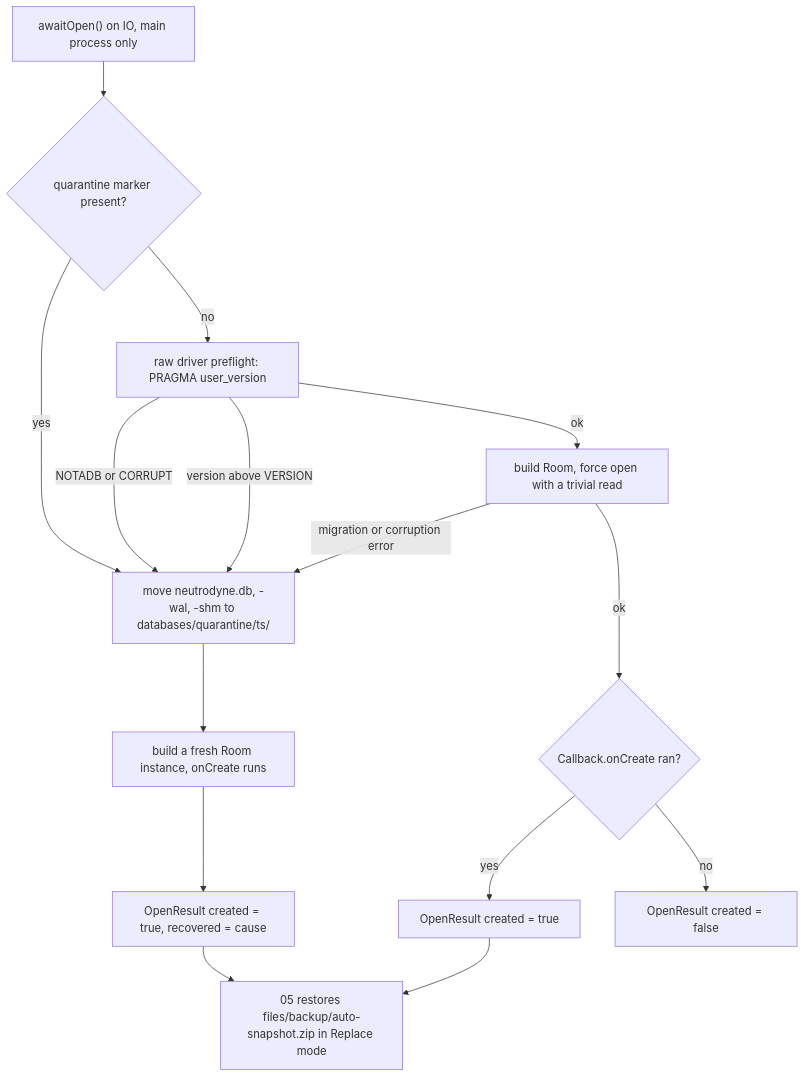
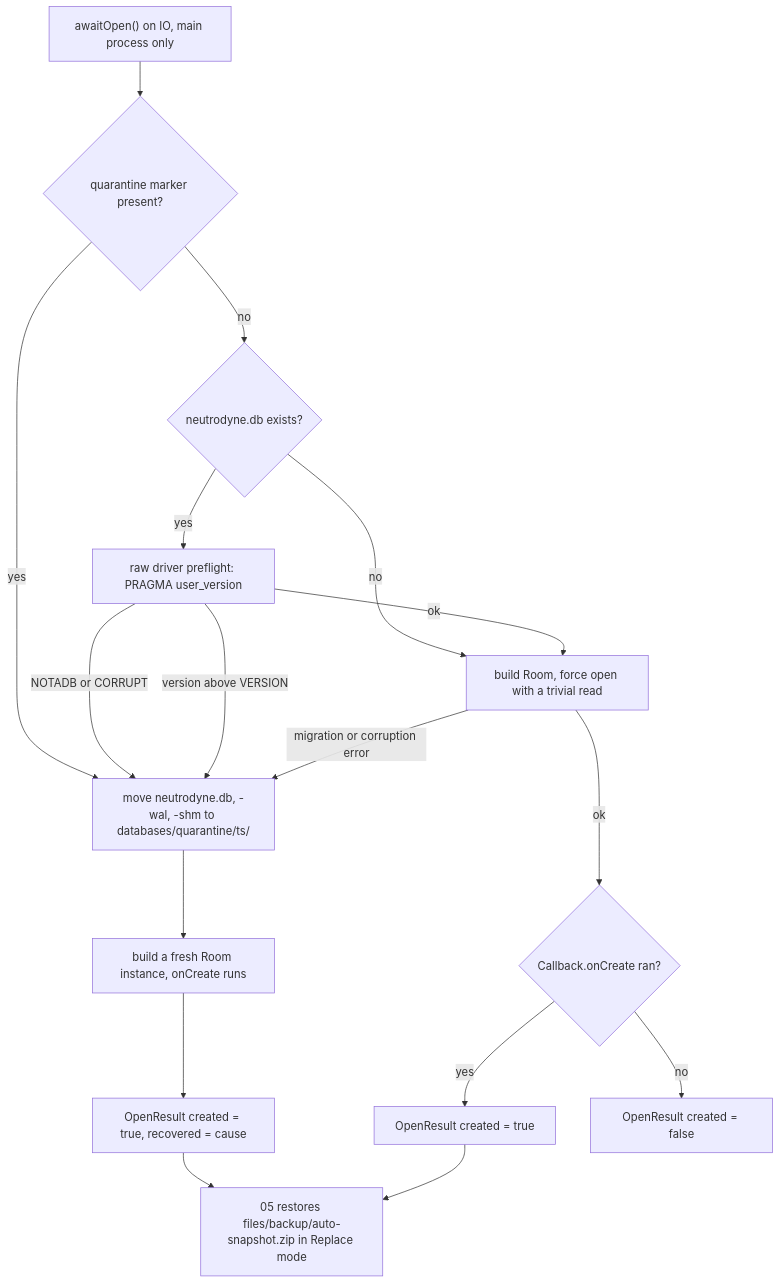
One commit to BigBoyDevBox/Neutrodyne changed the fifth of 5 diagrams in docs/design/02-data-model.md. Above: the diagram before and after it, drawn with Mermaid. The commit also changed other lines of this file and 2 other files, not shown here.

````diff
--- a/docs/design/02-data-model.md
+++ b/docs/design/02-data-model.md
@@ -1518,17 +1520,19 @@
 ```mermaid
 flowchart TD
   A["awaitOpen() on IO, main process only"] --> B{"quarantine marker present?"}
   B -->|yes| Q["move neutrodyne.db, -wal, -shm to databases/quarantine/ts/"]
-  B -->|no| C["raw driver preflight: PRAGMA user_version"]
+  B -->|no| K{"neutrodyne.db exists?"}
+  K -->|no| D
+  K -->|yes| C["raw driver preflight: PRAGMA user_version"]
   C -->|"NOTADB or CORRUPT"| Q
   C -->|"version above VERSION"| Q
   C -->|ok| D["build Room, force open with a trivial read"]
   D -->|"migration or corruption error"| Q
   D -->|ok| E{"Callback.onCreate ran?"}
   Q --> F["build a fresh Room instance, onCreate runs"]
   F --> G["OpenResult created = true, recovered = cause"]
   E -->|yes| H["OpenResult created = true"]
   E -->|no| I["OpenResult created = false"]
   G --> J["05 restores files/backup/auto-snapshot.zip in Replace mode"]
   H --> J
 ```
````
